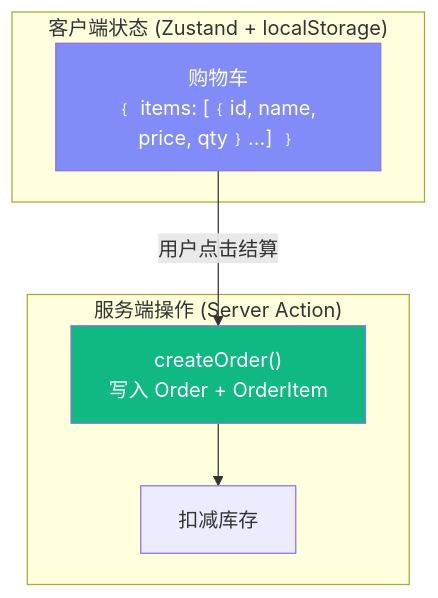
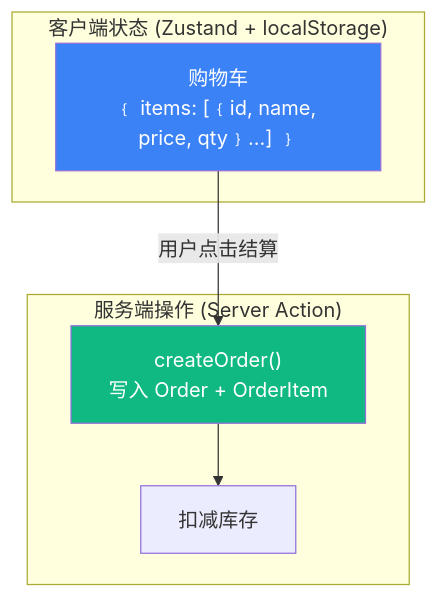
Before and after one commit to boltguo/react_learn: the first of 3 diagrams in docs/Lesson_23.md, drawn with Mermaid. The commit also changed other lines of this file and 31 other files, not shown here.

Commit message:
docs: 统一Mermaid术语与配色层级

````diff
--- a/docs/Lesson_23.md
+++ b/docs/Lesson_23.md
@@ -28,17 +40,17 @@
 ```mermaid
 flowchart TB
     subgraph "客户端状态 (Zustand + localStorage)"
         Cart["购物车<br/>﹛ items: [﹛id, name, price, qty﹜...] ﹜"]
     end
     
     subgraph "服务端操作 (Server Action)"
         CreateOrder["createOrder()<br/>写入 Order + OrderItem"]
         UpdateStock["扣减库存"]
     end
     
     Cart -->|"用户点击结算"| CreateOrder
     CreateOrder --> UpdateStock
     
-    style Cart fill:#818cf8,color:#fff
+    style Cart fill:#3b82f6,color:#fff
     style CreateOrder fill:#10b981,color:#fff
 ```
````
